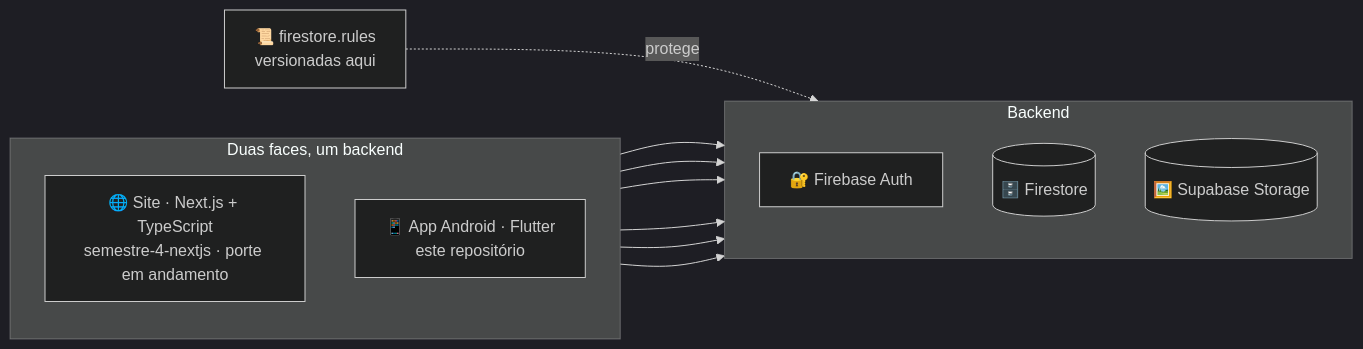
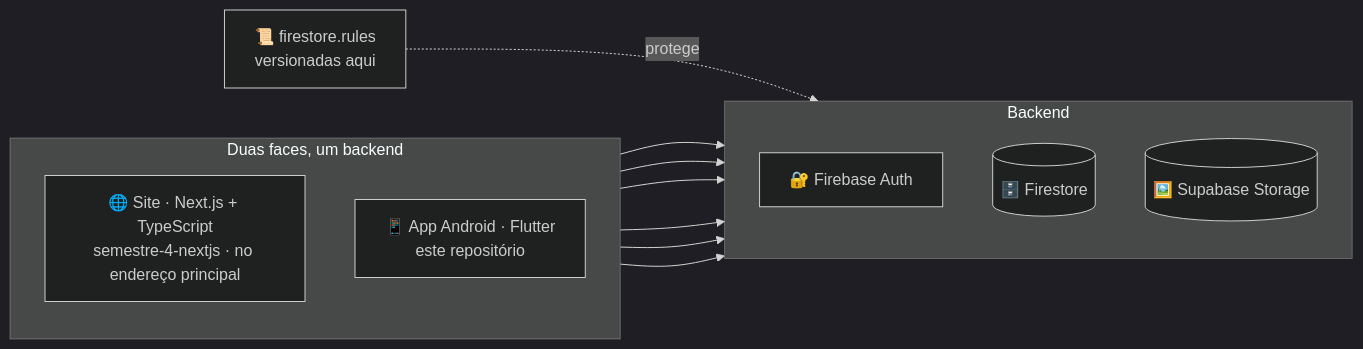
One commit to ecomap-devs/flutter changed the diagram in README.md. Above: the diagram before and after it, drawn with Mermaid (dark theme). The commit also changed other lines of this file and 5 other files, not shown here.

First line of the commit message:
Tirar a publicacao web: o endereco principal agora e do site em Next.js

````diff
--- a/README.md
+++ b/README.md
@@ -42,17 +42,17 @@
 ```mermaid
 flowchart LR
     subgraph faces[Duas faces, um backend]
         direction TB
-        web["🌐 Site · Next.js + TypeScript<br/>semestre-4-nextjs · porte em andamento"]
+        web["🌐 Site · Next.js + TypeScript<br/>semestre-4-nextjs · no endereço principal"]
         app["📱 App Android · Flutter<br/>este repositório"]
     end
     subgraph backend[Backend]
         direction TB
         auth[🔐 Firebase Auth]
         fs[(🗄️ Firestore)]
         sb[(🖼️ Supabase Storage)]
     end
     web --> auth & fs & sb
     app --> auth & fs & sb
     regras["📜 firestore.rules<br/>versionadas aqui"] -. protege .-> fs
 ```
````
